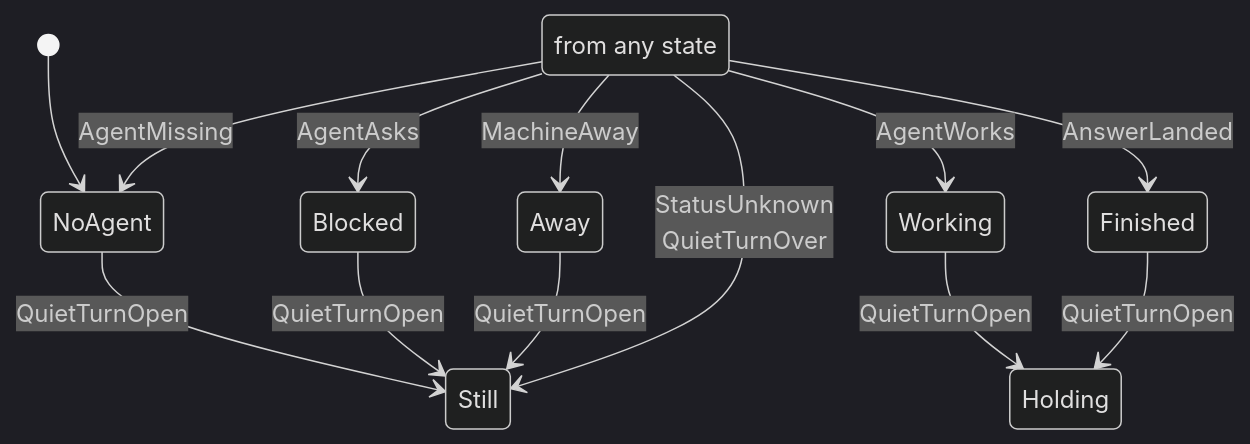
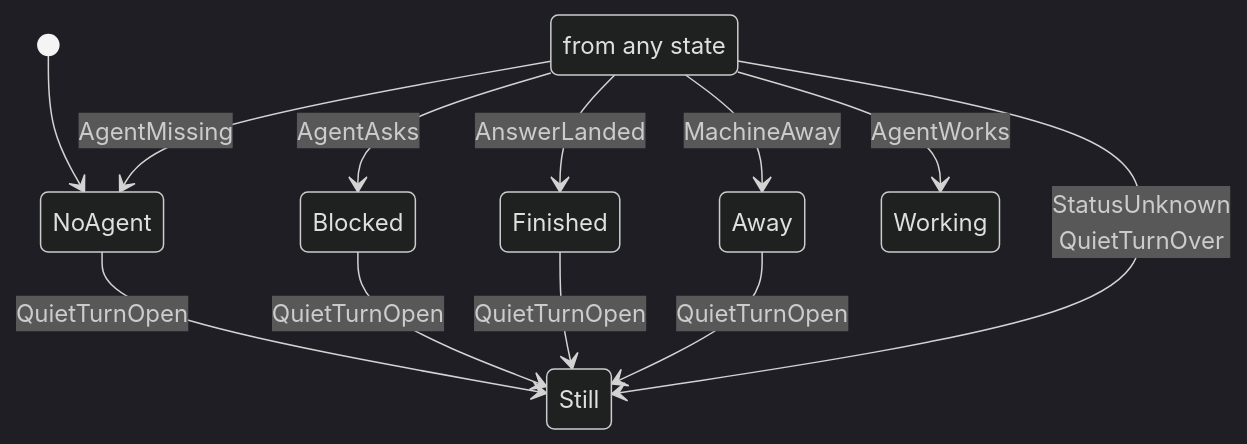
One commit to jliocsar/crook changed the diagram in packages/web/charts/activity.mmd. Above: the diagram before and after it, drawn with Mermaid (dark theme). The commit also changed 10 other files, not shown here.

```diff
--- a/packages/web/charts/activity.mmd
+++ b/packages/web/charts/activity.mmd
@@ -1,14 +1,13 @@
 stateDiagram-v2
   [*] --> NoAgent
   state "from any state" as Anywhere
   NoAgent --> Still: QuietTurnOpen
   Blocked --> Still: QuietTurnOpen
-  Working --> Holding: QuietTurnOpen
-  Finished --> Holding: QuietTurnOpen
+  Finished --> Still: QuietTurnOpen
   Away --> Still: QuietTurnOpen
   Anywhere --> NoAgent: AgentMissing
   Anywhere --> Still: StatusUnknown<br/>QuietTurnOver
   Anywhere --> Blocked: AgentAsks
   Anywhere --> Working: AgentWorks
   Anywhere --> Finished: AnswerLanded
   Anywhere --> Away: MachineAway
```
